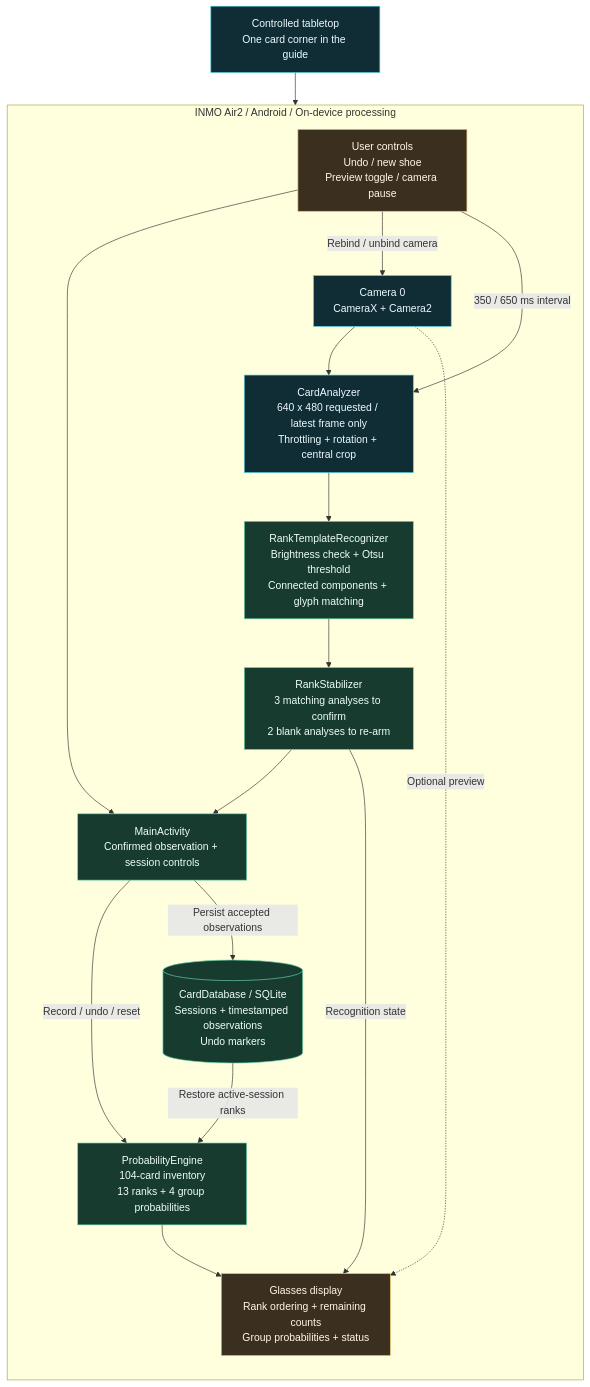
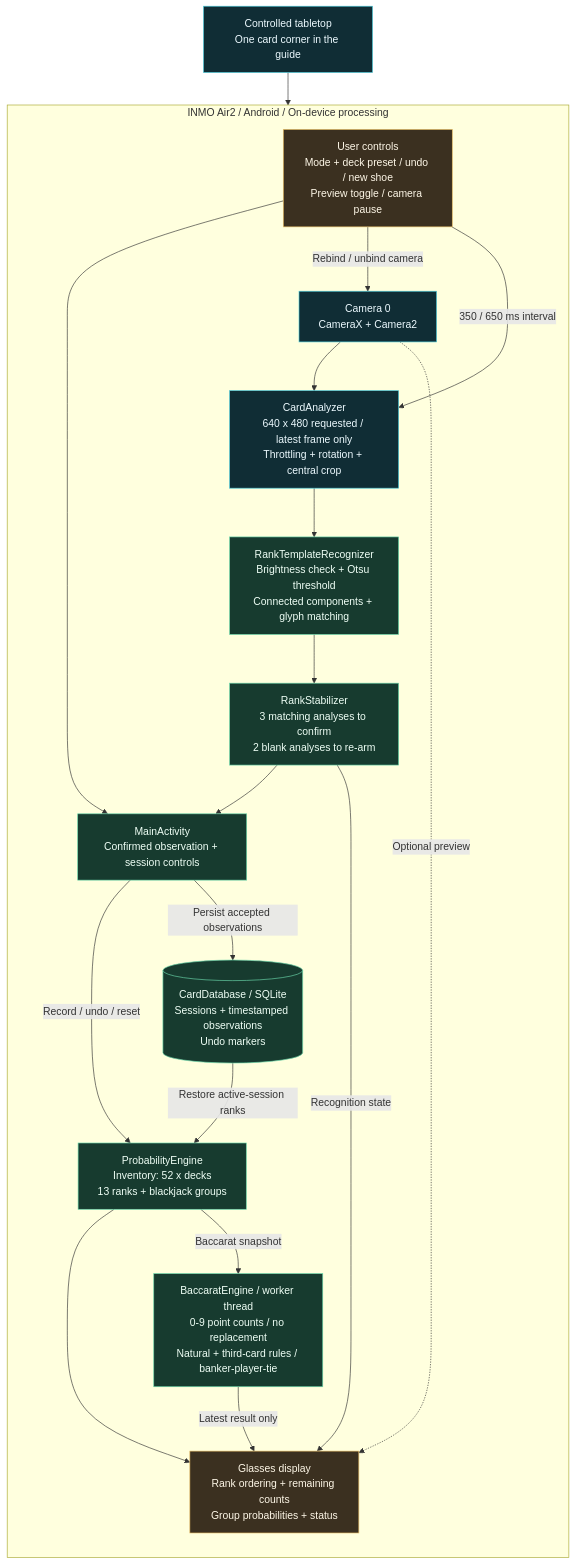
One commit to jasonet/glasses-imoapp changed the diagram in README.md. Above: the diagram before and after it, drawn with Mermaid. The commit also changed other lines of this file and 17 other files, not shown here.

````diff
--- a/README.md
+++ b/README.md
@@ -47,37 +48,40 @@
 ```mermaid
 flowchart TB
     table["Controlled tabletop<br/>One card corner in the guide"]
 
     subgraph device["INMO Air2 / Android / On-device processing"]
         direction TB
         camera["Camera 0<br/>CameraX + Camera2"]
         frames["CardAnalyzer<br/>640 x 480 requested / latest frame only<br/>Throttling + rotation + central crop"]
         vision["RankTemplateRecognizer<br/>Brightness check + Otsu threshold<br/>Connected components + glyph matching"]
         gate["RankStabilizer<br/>3 matching analyses to confirm<br/>2 blank analyses to re-arm"]
         activity["MainActivity<br/>Confirmed observation + session controls"]
-        engine["ProbabilityEngine<br/>104-card inventory<br/>13 ranks + 4 group probabilities"]
+        engine["ProbabilityEngine<br/>Inventory: 52 x decks<br/>13 ranks + blackjack groups"]
+        baccarat["BaccaratEngine / worker thread<br/>0-9 point counts / no replacement<br/>Natural + third-card rules / banker-player-tie"]
         db[("CardDatabase / SQLite<br/>Sessions + timestamped observations<br/>Undo markers")]
         hud["Glasses display<br/>Rank ordering + remaining counts<br/>Group probabilities + status"]
-        controls["User controls<br/>Undo / new shoe<br/>Preview toggle / camera pause"]
+        controls["User controls<br/>Mode + deck preset / undo / new shoe<br/>Preview toggle / camera pause"]
 
         camera --> frames --> vision --> gate --> activity
         activity -->|"Record / undo / reset"| engine
         activity -->|"Persist accepted observations"| db
         db -->|"Restore active-session ranks"| engine
         engine --> hud
+        engine -->|"Baccarat snapshot"| baccarat
+        baccarat -->|"Latest result only"| hud
         gate -->|"Recognition state"| hud
         controls --> activity
         controls -->|"Rebind / unbind camera"| camera
         controls -->|"350 / 650 ms interval"| frames
         camera -. "Optional preview" .-> hud
     end
 
     table --> camera
 
     classDef capture fill:#102d35,stroke:#49c9d9,color:#edfaff;
     classDef logic fill:#173b2f,stroke:#69d7aa,color:#effff6;
     classDef output fill:#3b3020,stroke:#e7bd65,color:#fff8e8;
     class table,camera,frames capture;
-    class vision,gate,activity,engine,db logic;
+    class vision,gate,activity,engine,baccarat,db logic;
     class hud,controls output;
 ```
````
